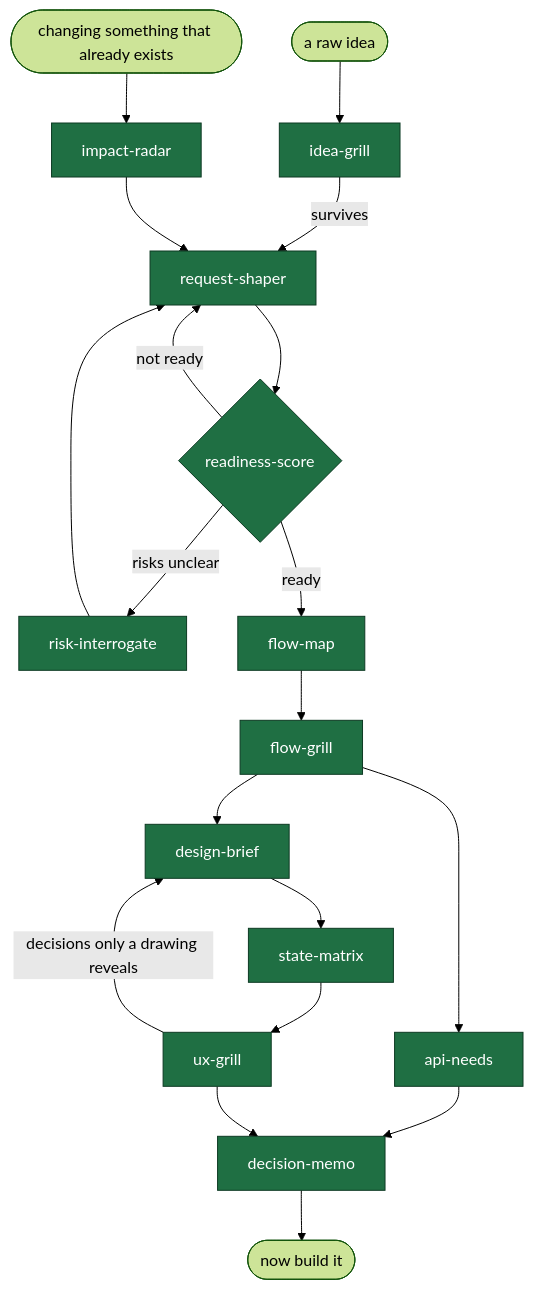
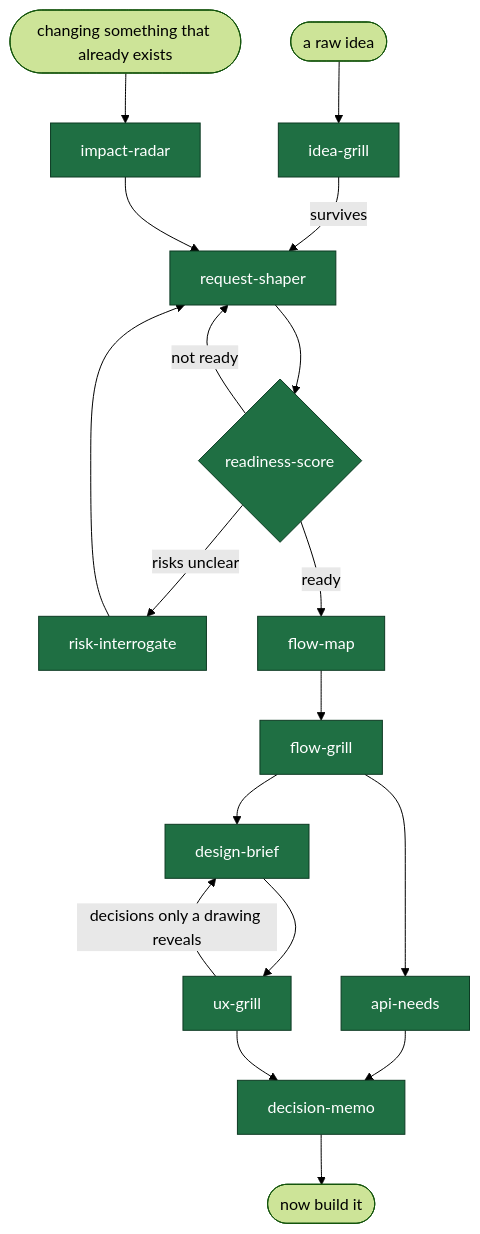
Before and after one commit to ratipcan-uysal/before-you-build: the diagram in README.md, drawn with Mermaid (forest theme). The commit also changed other lines of this file and 14 other files, not shown here.

````diff
--- a/README.md
+++ b/README.md
@@ -36,25 +36,24 @@
 ```mermaid
 flowchart TD
     idea([a raw idea]) --> IG[idea-grill]
     IG -->|survives| RS[request-shaper]
     RS --> SC{readiness-score}
     SC -->|not ready| RS
     SC -->|risks unclear| RI[risk-interrogate]
     RI --> RS
     SC -->|ready| FM[flow-map]
     FM --> FG[flow-grill]
     FG --> AN[api-needs]
     AN --> DM
     FG --> DB[design-brief]
-    DB --> SM[state-matrix]
-    SM --> UX[ux-grill]
+    DB --> UX[ux-grill]
     UX -->|decisions only a drawing reveals| DB
     UX --> DM[decision-memo]
     DM --> out([now build it])
     change([changing something that already exists]) --> IR[impact-radar]
     IR --> RS
 
     classDef shipped fill:#1f6f43,stroke:#0d3a23,color:#fff
     classDef planned fill:#2b2b2b,stroke:#555,color:#bbb,stroke-dasharray:4 3
-    class IG,RS,SC,RI,DB,UX,SM,FM,FG,AN,IR,DM shipped
+    class IG,RS,SC,RI,DB,UX,FM,FG,AN,IR,DM shipped
 ```
````
